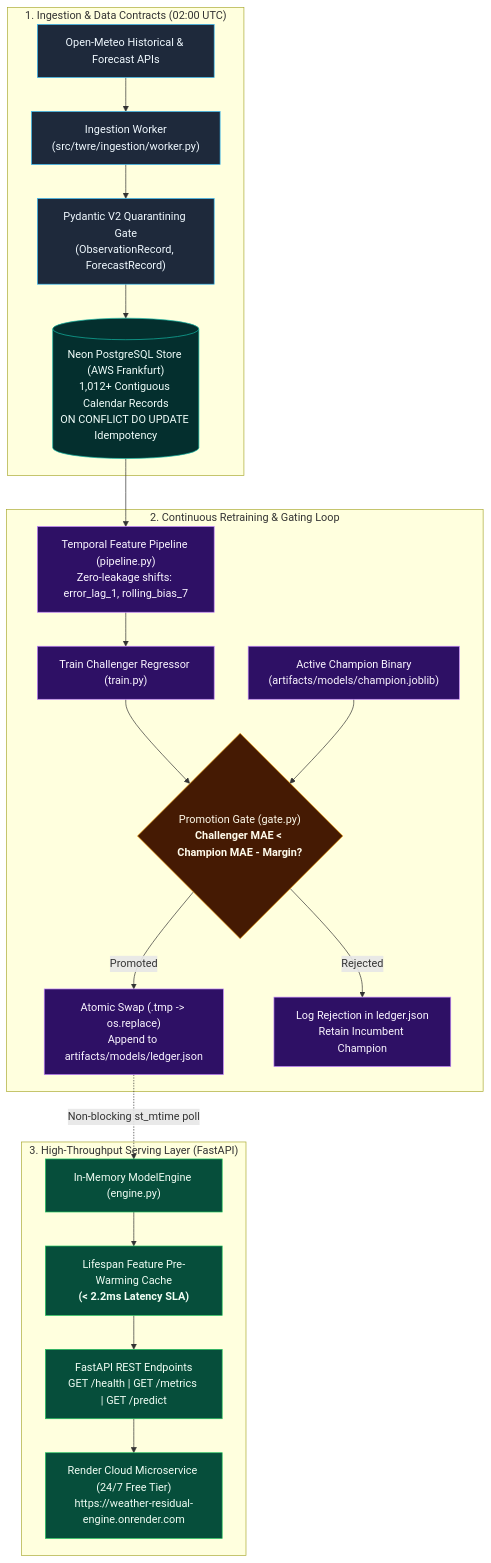
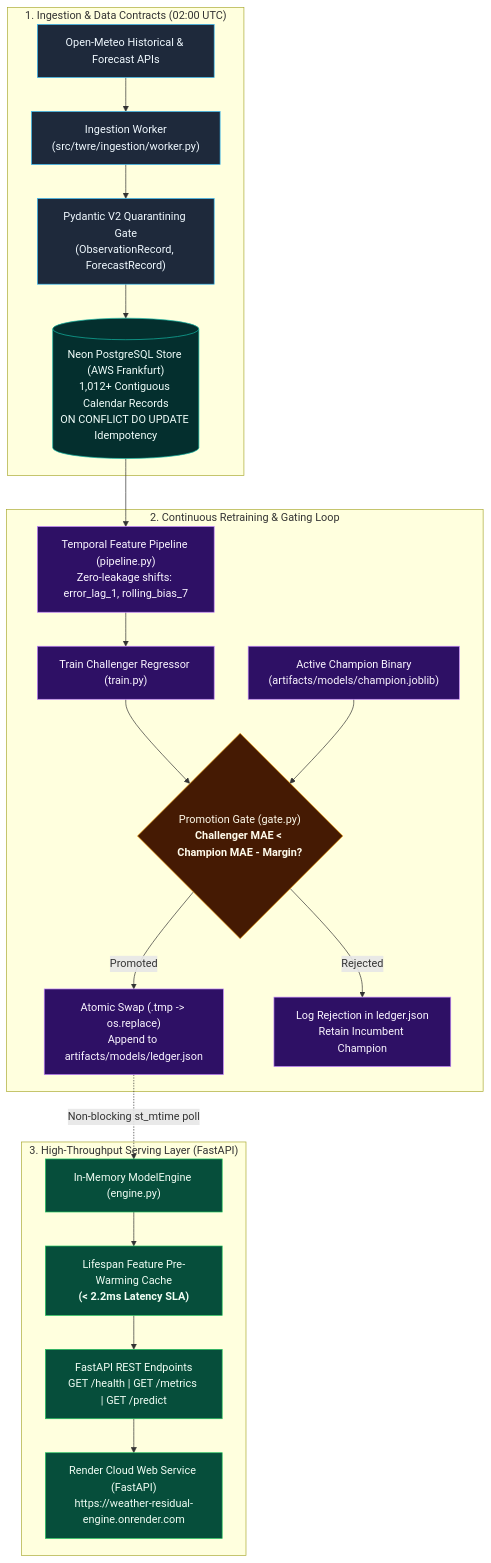
The diagram in README.md (vxqzn/weather-residual-engine), drawn with Mermaid before and after one commit. The commit also changed other lines of this file and 2 other files, not shown here.

Commit message:
fix(service): harden health status codes (503 on db unavailable), debounce model reload, and eliminate per-request df allocations

````diff
--- a/README.md
+++ b/README.md
@@ -32,31 +33,31 @@
 ```mermaid
 flowchart TD
     classDef ext fill:#1e293b,stroke:#38bdf8,stroke-width:1px,color:#f0f9ff;
     classDef db fill:#042f2e,stroke:#14b8a6,stroke-width:1px,color:#f0fdfa;
     classDef ml fill:#2e1065,stroke:#c084fc,stroke-width:1px,color:#faf5ff;
     classDef gate fill:#451a03,stroke:#f59e0b,stroke-width:1px,color:#fffbeb;
     classDef srv fill:#064e3b,stroke:#22c55e,stroke-width:1px,color:#f0fdf4;
 
     subgraph Ingestion["1. Ingestion & Data Contracts (02:00 UTC)"]
         OM["Open-Meteo Historical & Forecast APIs"]:::ext --> Worker["Ingestion Worker<br/>(src/twre/ingestion/worker.py)"]:::ext
         Worker --> Pydantic["Pydantic V2 Quarantining Gate<br/>(ObservationRecord, ForecastRecord)"]:::ext
         Pydantic --> DB[("Neon PostgreSQL Store (AWS Frankfurt)<br/>1,012+ Contiguous Calendar Records<br/>ON CONFLICT DO UPDATE Idempotency")]:::db
     end
 
     subgraph MLOps["2. Continuous Retraining & Gating Loop"]
         DB --> FeatStore["Temporal Feature Pipeline (pipeline.py)<br/>Zero-leakage shifts: error_lag_1, rolling_bias_7"]:::ml
         Challenger["Train Challenger Regressor (train.py)"]:::ml
         FeatStore --> Challenger
         Challenger --> Gate{"Promotion Gate (gate.py)<br/><b>Challenger MAE < Champion MAE - Margin?</b>"}:::gate
         Champion["Active Champion Binary<br/>(artifacts/models/champion.joblib)"]:::ml --> Gate
         Gate -- Promoted --> Atomic["Atomic Swap (.tmp -> os.replace)<br/>Append to artifacts/models/ledger.json"]:::ml
         Gate -- Rejected --> LogRejection["Log Rejection in ledger.json<br/>Retain Incumbent Champion"]:::ml
     end
 
     subgraph Serving["3. High-Throughput Serving Layer (FastAPI)"]
         Atomic -. Non-blocking st_mtime poll .-> ModelEngine["In-Memory ModelEngine (engine.py)"]:::srv
         ModelEngine --> Cache["Lifespan Feature Pre-Warming Cache<br/><b>(&lt; 2.2ms Latency SLA)</b>"]:::srv
         Cache --> Endpoints["FastAPI REST Endpoints<br/>GET /health | GET /metrics | GET /predict"]:::srv
-        Endpoints --> Render["Render Cloud Microservice (24/7 Free Tier)<br/>https://weather-residual-engine.onrender.com"]:::srv
+        Endpoints --> Render["Render Cloud Web Service (FastAPI)<br/>https://weather-residual-engine.onrender.com"]:::srv
     end
 ```
````
